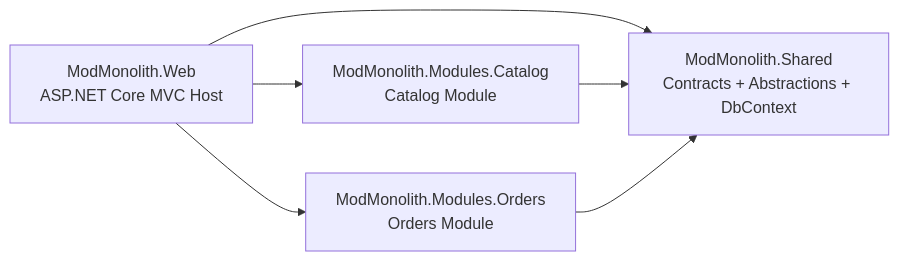
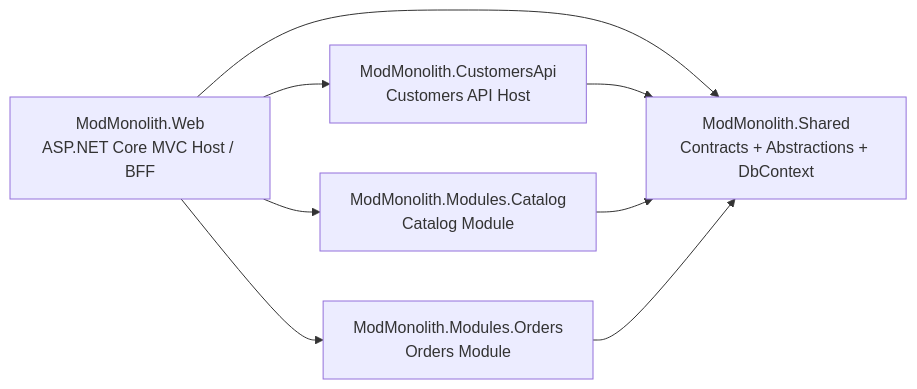
Before and after one commit to DarrenPratt/ModularMonolith: the first of 8 diagrams in docs/sample-architecture.md, drawn with Mermaid. The commit also changed other lines of this file and 153 other files, not shown here.

First line of the commit message:
Modular monolith sample with ASP.NET Core and SQL Server

````diff
--- a/docs/sample-architecture.md
+++ b/docs/sample-architecture.md
@@ -9,13 +12,16 @@
 ```mermaid
 flowchart LR
-    Web["ModMonolith.Web<br/>ASP.NET Core MVC Host"]
+    Web["ModMonolith.Web<br/>ASP.NET Core MVC Host / BFF"]
+    CustomersApi["ModMonolith.CustomersApi<br/>Customers API Host"]
     Catalog["ModMonolith.Modules.Catalog<br/>Catalog Module"]
     Orders["ModMonolith.Modules.Orders<br/>Orders Module"]
     Shared["ModMonolith.Shared<br/>Contracts + Abstractions + DbContext"]
 
+    Web --> CustomersApi
     Web --> Catalog
     Web --> Orders
     Web --> Shared
+    CustomersApi --> Shared
     Catalog --> Shared
     Orders --> Shared
 ```
````
